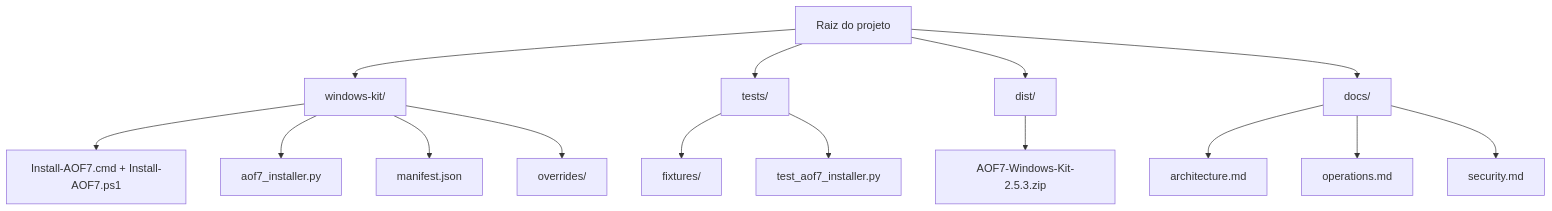
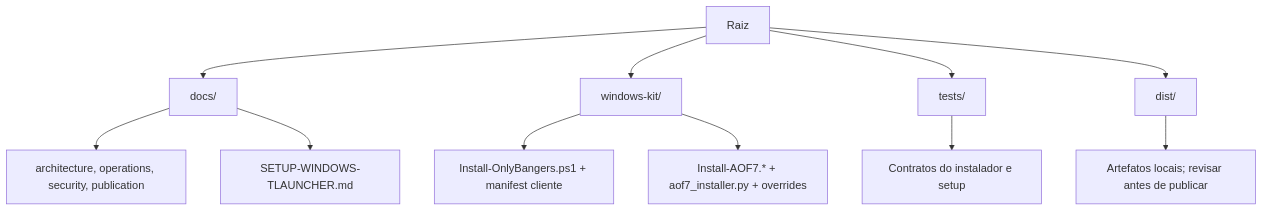
One commit to venysssssssssss/only-bangers-mine-server changed the sixth of 6 diagrams in docs/architecture.md. Above: the diagram before and after it, drawn with Mermaid. The commit also changed other lines of this file and 11 other files, not shown here.

Commit message:
docs: document live OnlyBangers server

````diff
--- a/docs/architecture.md
+++ b/docs/architecture.md
@@ -175,18 +146,14 @@
 ```mermaid
 flowchart TB
-    Root[Raiz do projeto]
+    Root[Raiz]
+    Root --> Docs[docs/]
     Root --> Kit[windows-kit/]
-    Root --> Test[tests/]
+    Root --> Tests[tests/]
     Root --> Dist[dist/]
-    Root --> Docs[docs/]
-    Kit --> Entry[Install-AOF7.cmd + Install-AOF7.ps1]
-    Kit --> Installer[aof7_installer.py]
-    Kit --> Manifest[manifest.json]
-    Kit --> Overrides[overrides/]
-    Test --> Fixtures[fixtures/]
-    Test --> Suite[test_aof7_installer.py]
-    Dist --> Zip[AOF7-Windows-Kit-2.5.3.zip]
-    Docs --> Architecture[architecture.md]
-    Docs --> Operations[operations.md]
-    Docs --> Security[security.md]
+    Docs --> Current[architecture, operations, security, publication]
+    Docs --> Setup[SETUP-WINDOWS-TLAUNCHER.md]
+    Kit --> CurrentKit[Install-OnlyBangers.ps1 + manifest cliente]
+    Kit --> Legacy[Install-AOF7.* + aof7_installer.py + overrides]
+    Tests --> Contracts[Contratos do instalador e setup]
+    Dist --> Release[Artefatos locais; revisar antes de publicar]
 ```
````
